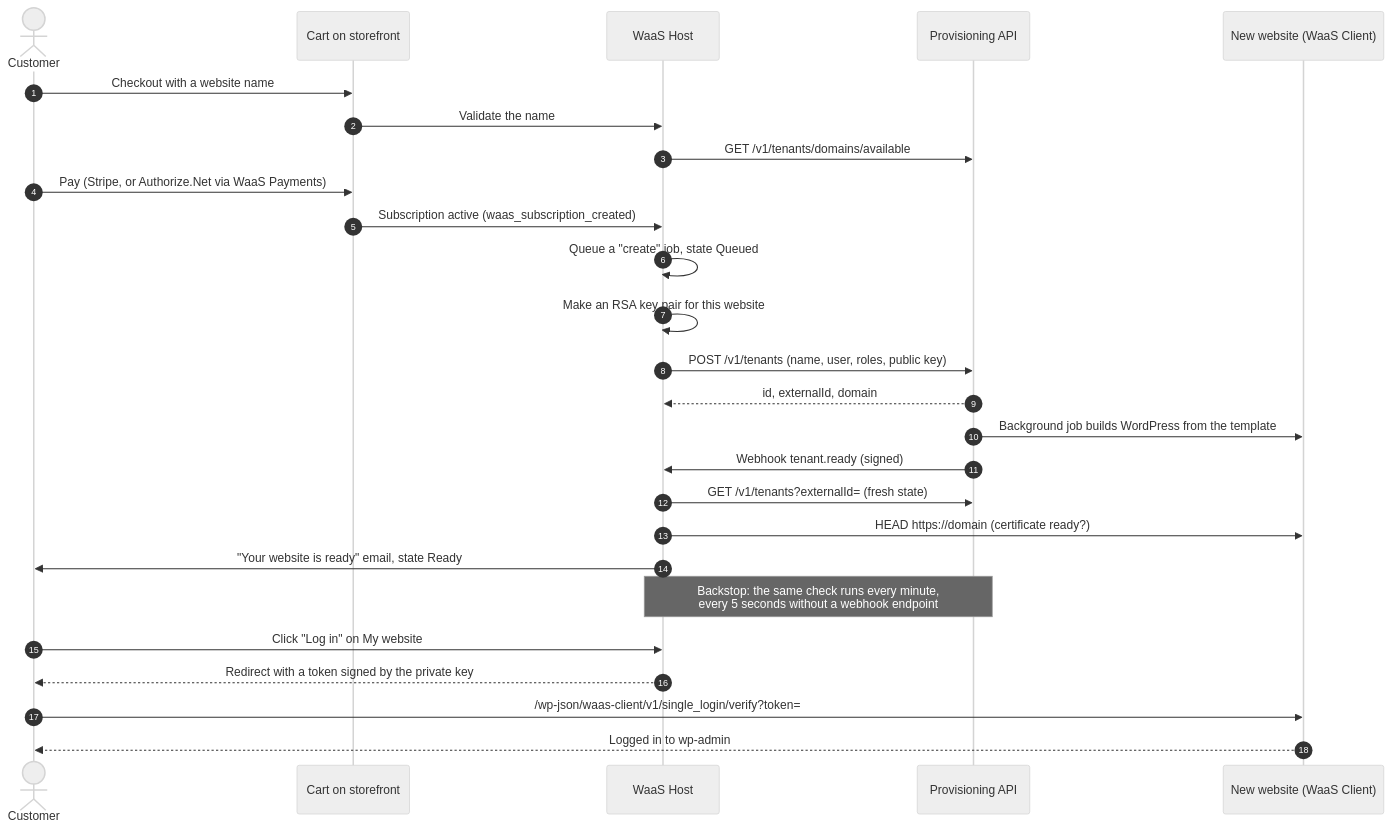
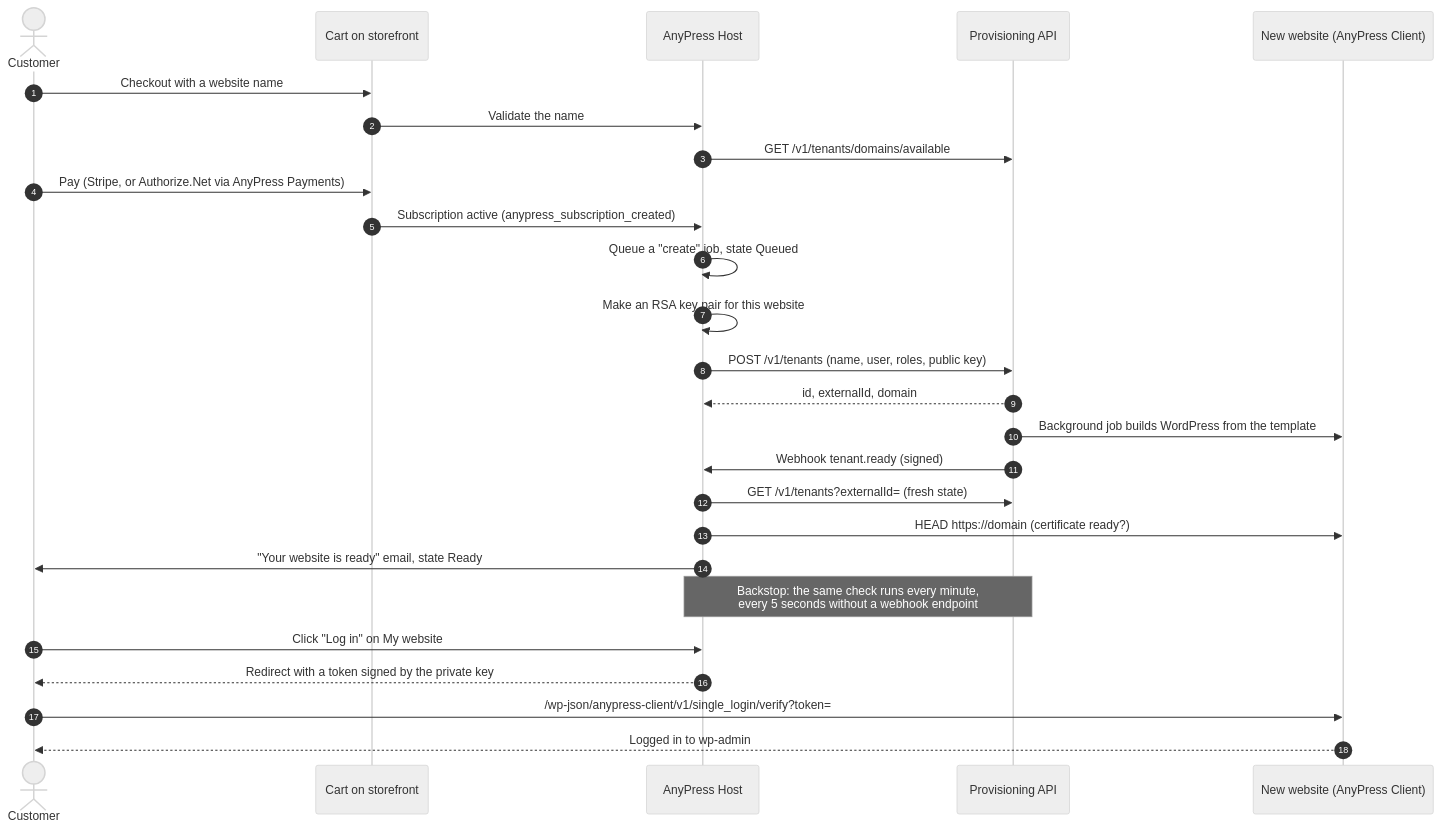
The second of 5 diagrams in docs/architecture/README.md (hamchowderr/waas-plugins), drawn with Mermaid (neutral theme) before and after one commit. The commit also changed other lines of this file and 645 other files, not shown here.

First line of the commit message:
Rename the plugins to AnyPress Host, Client and Payments everywhere (waas-api-x4a) (#131)

````diff
--- a/docs/architecture/README.md
+++ b/docs/architecture/README.md
@@ -71,29 +71,29 @@
 ```mermaid
 sequenceDiagram
   autonumber
   actor C as Customer
   participant CART as Cart on storefront
-  participant HOST as WaaS Host
+  participant HOST as AnyPress Host
   participant API as Provisioning API
-  participant ST as New website (WaaS Client)
+  participant ST as New website (AnyPress Client)
 
   C->>CART: Checkout with a website name
   CART->>HOST: Validate the name
   HOST->>API: GET /v1/tenants/domains/available
-  C->>CART: Pay (Stripe, or Authorize.Net via WaaS Payments)
-  CART->>HOST: Subscription active (waas_subscription_created)
+  C->>CART: Pay (Stripe, or Authorize.Net via AnyPress Payments)
+  CART->>HOST: Subscription active (anypress_subscription_created)
   HOST->>HOST: Queue a "create" job, state Queued
   HOST->>HOST: Make an RSA key pair for this website
   HOST->>API: POST /v1/tenants (name, user, roles, public key)
   API-->>HOST: id, externalId, domain
   API->>ST: Background job builds WordPress from the template
   API->>HOST: Webhook tenant.ready (signed)
   HOST->>API: GET /v1/tenants?externalId= (fresh state)
   HOST->>ST: HEAD https://domain (certificate ready?)
   HOST->>C: "Your website is ready" email, state Ready
   Note over HOST,API: Backstop: the same check runs every minute,<br/>every 5 seconds without a webhook endpoint
   C->>HOST: Click "Log in" on My website
   HOST-->>C: Redirect with a token signed by the private key
-  C->>ST: /wp-json/waas-client/v1/single_login/verify?token=
+  C->>ST: /wp-json/anypress-client/v1/single_login/verify?token=
   ST-->>C: Logged in to wp-admin
 ```
````
